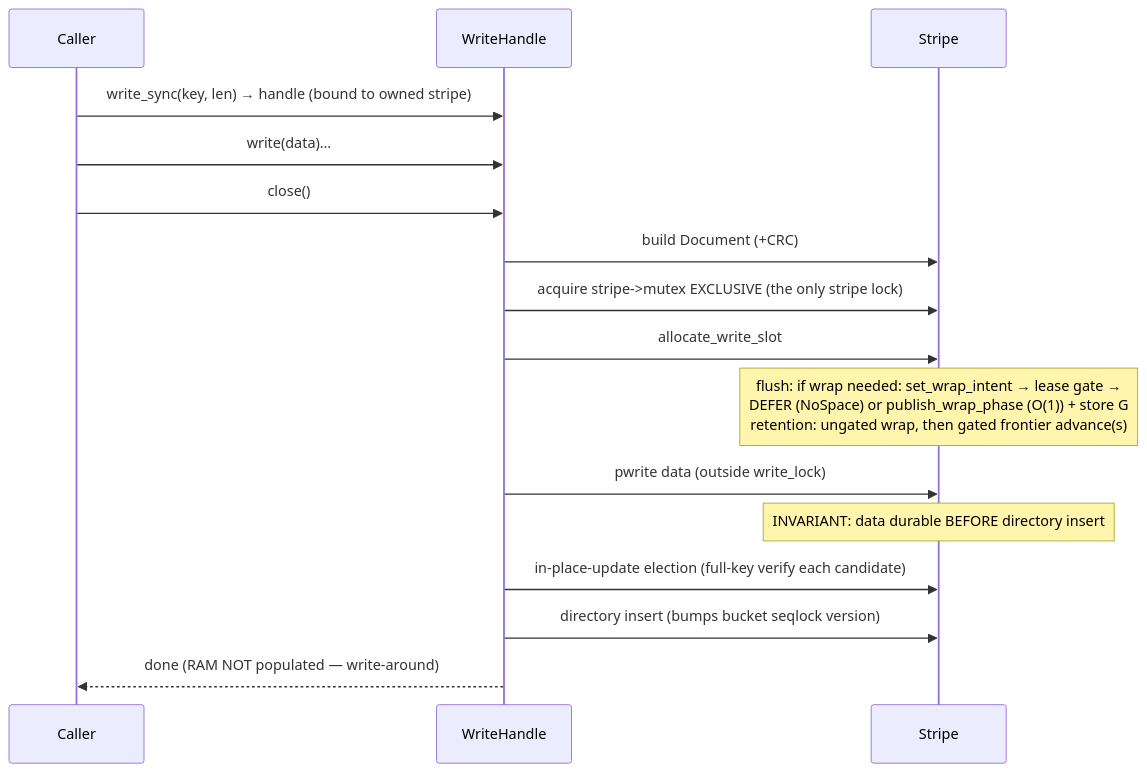
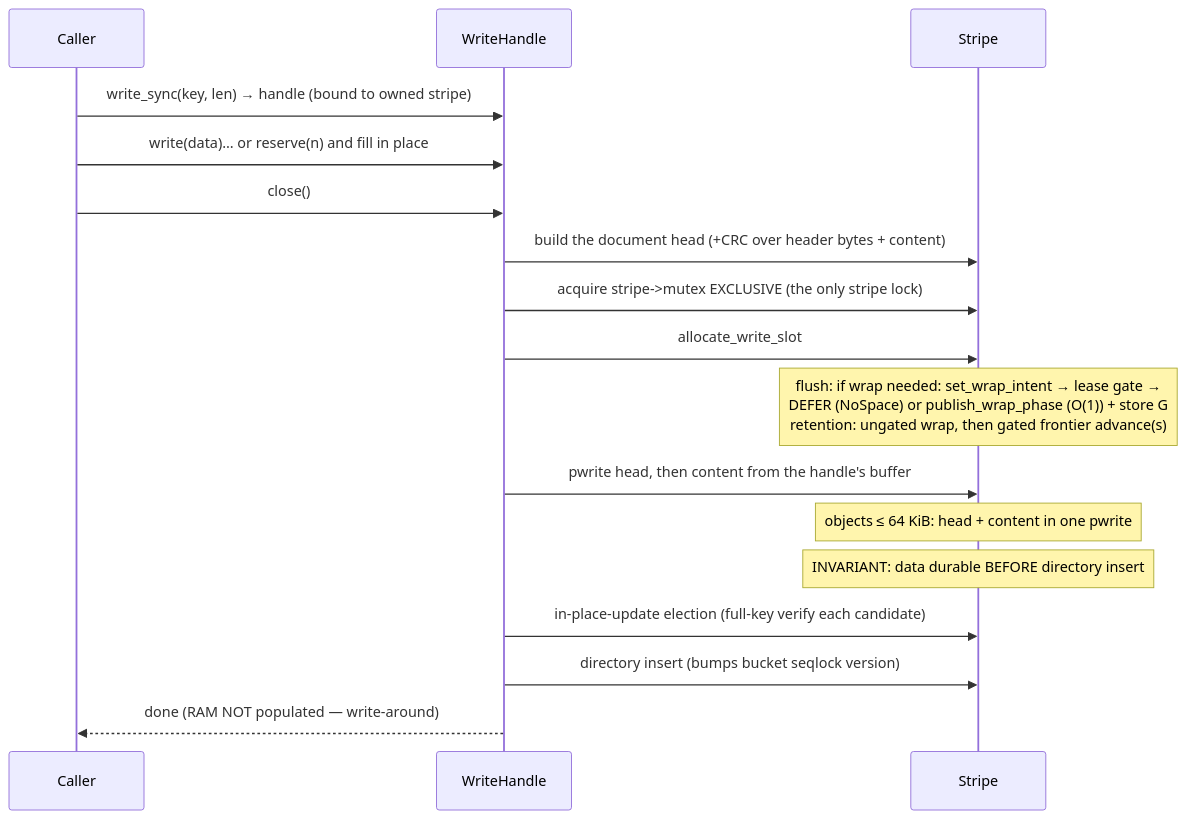
The sixth of 6 diagrams in doc/architecture.md (We-Amp/cyclone-cache), drawn with Mermaid before and after one commit. The commit also changed 77 other files, not shown here.

First line of the commit message:
core: write the document head and content without a contiguous copy; WriteHandle::reserve() (#31)

````diff
--- a/doc/architecture.md
+++ b/doc/architecture.md
@@ -758,18 +758,19 @@
 ```mermaid
 sequenceDiagram
     participant Cl as Caller
     participant WH as WriteHandle
     participant St as Stripe
     Cl->>WH: write_sync(key, len) → handle (bound to owned stripe)
-    Cl->>WH: write(data)…
+    Cl->>WH: write(data)… or reserve(n) and fill in place
     Cl->>WH: close()
-    WH->>St: build Document (+CRC)
+    WH->>St: build the document head (+CRC over header bytes + content)
     WH->>St: acquire stripe->mutex EXCLUSIVE  (the only stripe lock)
     WH->>St: allocate_write_slot
     Note over St: flush: if wrap needed: set_wrap_intent → lease gate →<br/>DEFER (NoSpace) or publish_wrap_phase (O(1)) + store G<br/>retention: ungated wrap, then gated frontier advance(s)
-    WH->>St: pwrite data (outside write_lock)
+    WH->>St: pwrite head, then content from the handle's buffer
+    Note over St: objects ≤ 64 KiB: head + content in one pwrite
     Note over St: INVARIANT: data durable BEFORE directory insert
     WH->>St: in-place-update election (full-key verify each candidate)
     WH->>St: directory insert (bumps bucket seqlock version)
     WH-->>Cl: done (RAM NOT populated — write-around)
 ```
````
